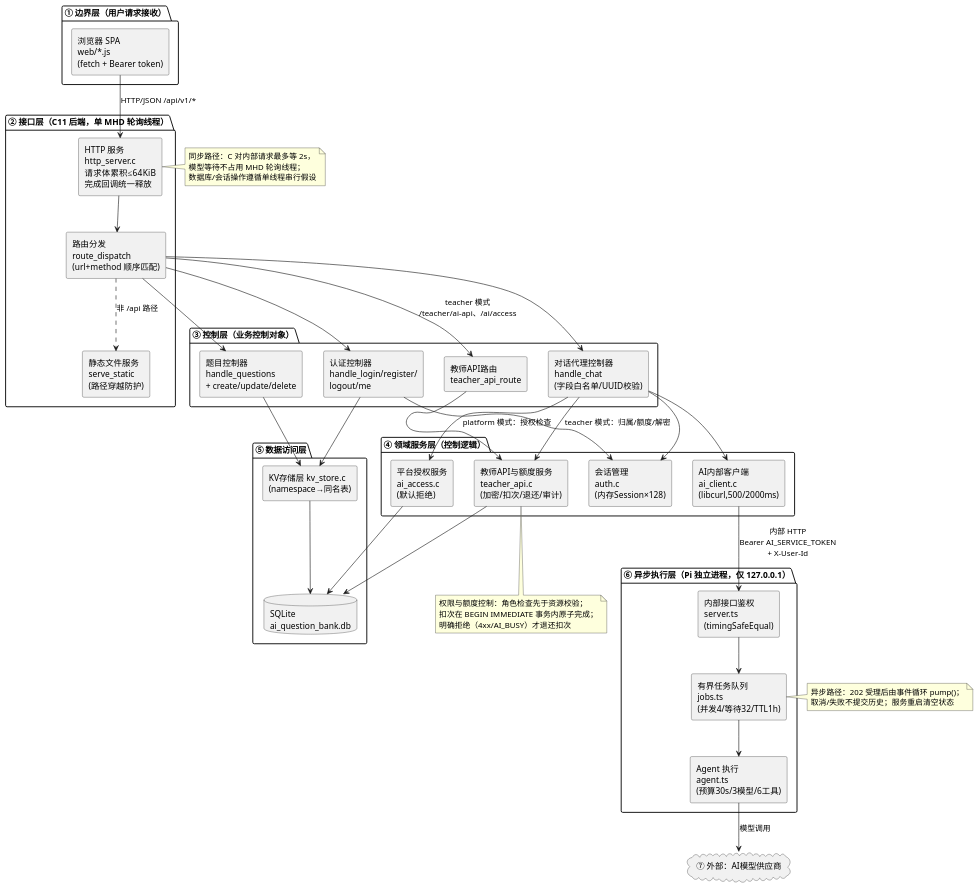
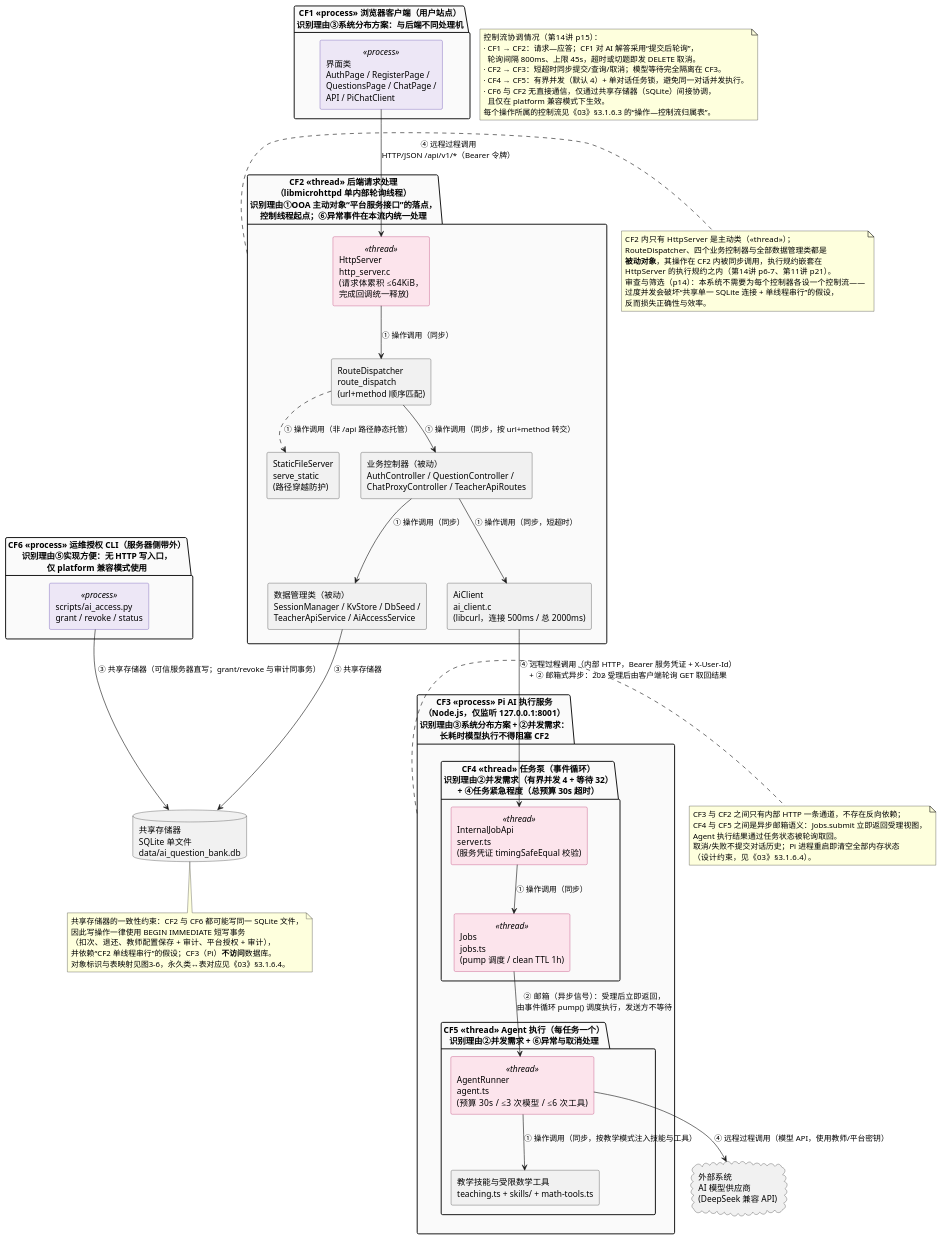
The diagram in OOA_OOD/diagrams/ood/ood4_control_arch.puml (Araaaagorn/ai-question-bank), drawn with PlantUML before and after one commit. The commit also changed 86 other files, not shown here.

```diff
--- a/OOA_OOD/diagrams/ood/ood4_control_arch.puml
+++ b/OOA_OOD/diagrams/ood/ood4_control_arch.puml
@@ -1,82 +1,116 @@
 @startuml ood4_control_arch
-' OOD-图4：控制驱动设计——系统控制架构（分层组件图）
-' 依据：docs/architecture.md §1-2、§7；server/src/main.c（装配顺序）、http_server.c（单轮询线程）、
-'       routes.c（分发）、ai_client.c（内部代理）、ai-service/src/server.ts+jobs.ts（异步执行）
+' AI+题库智能教学平台 — 图3-5 OOD 设计图：控制驱动部分（控制流与主动对象）
+' 课程依据（第14讲）：
+'   p3   控制流驱动部分用于定义和表示并发系统中的每个控制流；**用主动对象表示每个控制流
+'        （进程、线程）**；所有的主动类构成控制驱动部分；每个控制流开始执行的源头是一个
+'        主动对象的主动操作
+'   p6-8 顺序系统只有一个控制流、消息都是同步的且接收者唯一；并发系统有多个控制流，
+'        消息有同步与异步之分、接收者可能不唯一
+'   p11-12 识别控制流的 8 条理由：①OOA 定义的主动对象 ②系统并发需求 ③系统分布方案
+'        ④任务紧急程度 ⑤实现方便 ⑥异常事件处理 ⑦并行计算 ⑧协调者
+'   p14  审查与筛选：过度并发意味着执行效率损失；每个控制流应高内聚、与相关控制流松耦合，
+'        且必须有上述理由之一
+'   p15  定义各控制流：命名与说明、为每个操作指定所属控制流、描述触发条件与数据来向去向、
+'        定义控制流协调情况
+'   p16  进程/线程表示法：<<process>> / <<thread>>
+'   p17-19 控制流间通信的 4 种机制：操作调用（同步）、邮箱（异步信号）、共享存储器、远程过程调用
+' 本次修订（重要）：原图为“七层分层构件图”，只表达调用层次，**没有识别控制流、没有标注
+'   主动类/进程/线程、也没有说明控制流间的通信机制**，不符合第14讲 p3/p16/p17-19 对
+'   控制驱动部分设计的要求。现按控制流重构；分层调用关系保留在图3-1（设计类图）中。
+'   构件图/部署图属第13/14讲的扩展内容（不在考试范围）且模板未要求交付，故不另立。
+' 依据：docs/architecture.md §1-2、§7；server/src/{main,http_server,routes,ai_client}.c；
+'       ai-service/src/{server,jobs,agent}.ts；scripts/ai_access.py
 skinparam shadowing false
 skinparam componentStyle rectangle
-
-package "① 边界层（用户请求接收）" {
-  [浏览器 SPA\nweb/*.js\n(fetch + Bearer token)] as FE
+skinparam package {
+  BackgroundColor #FAFAFA
+}
+skinparam component {
+  BackgroundColor<<thread>> #FCE4EC
+  BorderColor<<thread>> #AD1457
+  BackgroundColor<<process>> #EDE7F6
+  BorderColor<<process>> #4527A0
 }
 
-package "② 接口层（C11 后端，单 MHD 轮询线程）" {
-  [HTTP 服务\nhttp_server.c\n请求体累积≤64KiB\n完成回调统一释放] as HTTP
-  [路由分发\nroute_dispatch\n(url+method 顺序匹配)] as RD
-  [静态文件服务\nserve_static\n(路径穿越防护)] as SS
+package "CF1 «process» 浏览器客户端（用户站点）\n识别理由③系统分布方案：与后端不同处理机" as CF1 {
+  component "界面类\nAuthPage / RegisterPage /\nQuestionsPage / ChatPage /\nAPI / PiChatClient" as FE <<process>>
 }
 
-package "③ 控制层（业务控制对象）" {
-  [认证控制器\nhandle_login/register/\nlogout/me] as CA
-  [题目控制器\nhandle_questions\n+ create/update/delete] as CQ
-  [对话代理控制器\nhandle_chat\n(字段白名单/UUID校验)] as CC
-  [教师API路由\nteacher_api_route] as CT
+package "CF2 «thread» 后端请求处理\n（libmicrohttpd 单内部轮询线程）\n识别理由①OOA 主动对象“平台服务接口”的落点，\n控制线程起点；⑥异常事件在本流内统一处理" as CF2 {
+  component "HttpServer\nhttp_server.c\n(请求体累积 ≤64KiB，\n完成回调统一释放)" as HTTP <<thread>>
+  component "RouteDispatcher\nroute_dispatch\n(url+method 顺序匹配)" as RD
+  component "StaticFileServer\nserve_static\n(路径穿越防护)" as SS
+  component "业务控制器（被动）\nAuthController / QuestionController /\nChatProxyController / TeacherApiRoutes" as CTRL
+  component "AiClient\nai_client.c\n(libcurl，连接 500ms / 总 2000ms)" as AC
+  component "数据管理类（被动）\nSessionManager / KvStore / DbSeed /\nTeacherApiService / AiAccessService" as DM
 }
 
-package "④ 领域服务层（控制逻辑）" {
-  [会话管理\nauth.c\n(内存Session×128)] as SV
-  [教师API与额度服务\nteacher_api.c\n(加密/扣次/退还/审计)] as TS
-  [平台授权服务\nai_access.c\n(默认拒绝)] as AS
-  [AI内部客户端\nai_client.c\n(libcurl,500/2000ms)] as AC
+package "CF3 «process» Pi AI 执行服务\n（Node.js，仅监听 127.0.0.1:8001）\n识别理由③系统分布方案 + ②并发需求：\n长耗时模型执行不得阻塞 CF2" as CF3 {
+  package "CF4 «thread» 任务泵（事件循环）\n识别理由②并发需求（有界并发 4 + 等待 32）\n+ ④任务紧急程度（总预算 30s 超时）" as CF4 {
+    component "InternalJobApi\nserver.ts\n(服务凭证 timingSafeEqual 校验)" as PS <<thread>>
+    component "Jobs\njobs.ts\n(pump 调度 / clean TTL 1h)" as JQ <<thread>>
+  }
+  package "CF5 «thread» Agent 执行（每任务一个）\n识别理由②并发需求 + ⑥异常与取消处理" as CF5 {
+    component "AgentRunner\nagent.ts\n(预算 30s / ≤3 次模型 / ≤6 次工具)" as AG <<thread>>
+    component "教学技能与受限数学工具\nteaching.ts + skills/ + math-tools.ts" as SK
+  }
 }
 
-package "⑤ 数据访问层" {
-  [KV存储层 kv_store.c\n(namespace→同名表)] as KV
-  database "SQLite\nai_question_bank.db" as DB
+package "CF6 «process» 运维授权 CLI（服务器侧带外）\n识别理由⑤实现方便：无 HTTP 写入口，\n仅 platform 兼容模式使用" as CF6 {
+  component "scripts/ai_access.py\ngrant / revoke / status" as CLI <<process>>
 }
 
-package "⑥ 异步执行层（Pi 独立进程，仅 127.0.0.1）" {
-  [内部接口鉴权\nserver.ts\n(timingSafeEqual)] as PS
-  [有界任务队列\njobs.ts\n(并发4/等待32/TTL1h)] as JQ
-  [Agent 执行\nagent.ts\n(预算30s/3模型/6工具)] as AG
-}
+database "共享存储器\nSQLite 单文件\ndata/ai_question_bank.db" as DB
+cloud "外部系统\nAI 模型供应商\n(DeepSeek 兼容 API)" as MP
 
-cloud "⑦ 外部：AI模型供应商" as MP
+FE --> HTTP : ④ 远程过程调用\nHTTP/JSON /api/v1/*（Bearer 令牌）
+HTTP --> RD : ① 操作调用（同步）
+RD --> CTRL : ① 操作调用（同步，按 url+method 转交）
+RD ..> SS : ① 操作调用（非 /api 路径静态托管）
+CTRL --> DM : ① 操作调用（同步）
+CTRL --> AC : ① 操作调用（同步，短超时）
+AC --> PS : ④ 远程过程调用（内部 HTTP，Bearer 服务凭证 + X-User-Id）\n+ ② 邮箱式异步：202 受理后由客户端轮询 GET 取回结果
+PS --> JQ : ① 操作调用（同步）
+JQ --> AG : ② 邮箱（异步信号）：受理后立即返回，\n由事件循环 pump() 调度执行，发送方不等待
+AG --> SK : ① 操作调用（同步，按教学模式注入技能与工具）
+AG --> MP : ④ 远程过程调用（模型 API，使用教师/平台密钥）
+DM --> DB : ③ 共享存储器
+CLI --> DB : ③ 共享存储器（可信服务器直写；grant/revoke 与审计同事务）
 
-FE --> HTTP : HTTP/JSON /api/v1/*
-HTTP --> RD
-RD ..> SS : 非 /api 路径
-RD --> CA
-RD --> CQ
-RD --> CC
-RD --> CT : teacher 模式\n/teacher/ai-api、/ai/access
-CA --> SV
-CA --> KV
-CQ --> KV
-CC --> SV
-CC --> TS : teacher 模式：归属/额度/解密
-CC --> AS : platform 模式：授权检查
-CC --> AC
-CT --> TS
-KV --> DB
-TS --> DB
-AS --> DB
-AC --> PS : 内部 HTTP\nBearer AI_SERVICE_TOKEN\n+ X-User-Id
-PS --> JQ
-JQ --> AG
-AG --> MP : 模型调用
+note right of CF2
+  CF2 内只有 HttpServer 是主动类（<<thread>>）；
+  RouteDispatcher、四个业务控制器与全部数据管理类都是
+  **被动对象**，其操作在 CF2 内被同步调用，执行规约嵌套在
+  HttpServer 的执行规约之内（第14讲 p6-7、第11讲 p21）。
+  审查与筛选（p14）：本系统不需要为每个控制器各设一个控制流——
+  过度并发会破坏“共享单一 SQLite 连接 + 单线程串行”的假设，
+  反而损失正确性与效率。
+end note
 
-note right of HTTP
-  同步路径：C 对内部请求最多等 2s，
-  模型等待不占用 MHD 轮询线程；
-  数据库/会话操作遵循单线程串行假设
+note right of CF3
+  CF3 与 CF2 之间只有内部 HTTP 一条通道，不存在反向依赖；
+  CF4 与 CF5 之间是异步邮箱语义：Jobs.submit 立即返回受理视图，
+  Agent 执行结果通过任务状态被轮询取回。
+  取消/失败不提交对话历史；Pi 进程重启即清空全部内存状态
+  （设计约束，见《03》§3.1.6.4）。
 end note
-note right of JQ
-  异步路径：202 受理后由事件循环 pump()；
-  取消/失败不提交历史；服务重启清空状态
+
+note bottom of DB
+  共享存储器的一致性约束：CF2 与 CF6 都可能写同一 SQLite 文件，
+  因此写操作一律使用 BEGIN IMMEDIATE 短写事务
+  （扣次、退还、教师配置保存 + 审计、平台授权 + 审计），
+  并依赖“CF2 单线程串行”的假设；CF3（Pi）**不访问**数据库。
+  对象标识与表映射见图3-6，永久类↔表对应见《03》§3.1.6.4。
 end note
-note bottom of TS
-  权限与额度控制：角色检查先于资源校验；
-  扣次在 BEGIN IMMEDIATE 事务内原子完成；
-  明确拒绝（4xx/AI_BUSY）才退还扣次
+
+note as N1
+  控制流协调情况（第14讲 p15）：
+  · CF1 → CF2：请求—应答；CF1 对 AI 解答采用“提交后轮询”，
+    轮询间隔 800ms、上限 45s，超时或切题即发 DELETE 取消。
+  · CF2 → CF3：短超时同步提交/查询/取消；模型等待完全隔离在 CF3。
+  · CF4 → CF5：有界并发（默认 4）+ 单对话任务锁，避免同一对话并发执行。
+  · CF6 与 CF2 无直接通信，仅通过共享存储器（SQLite）间接协调，
+    且仅在 platform 兼容模式下生效。
+  每个操作所属的控制流见《03》§3.1.6.3 的“操作—控制流归属表”。
 end note
 @enduml
```
